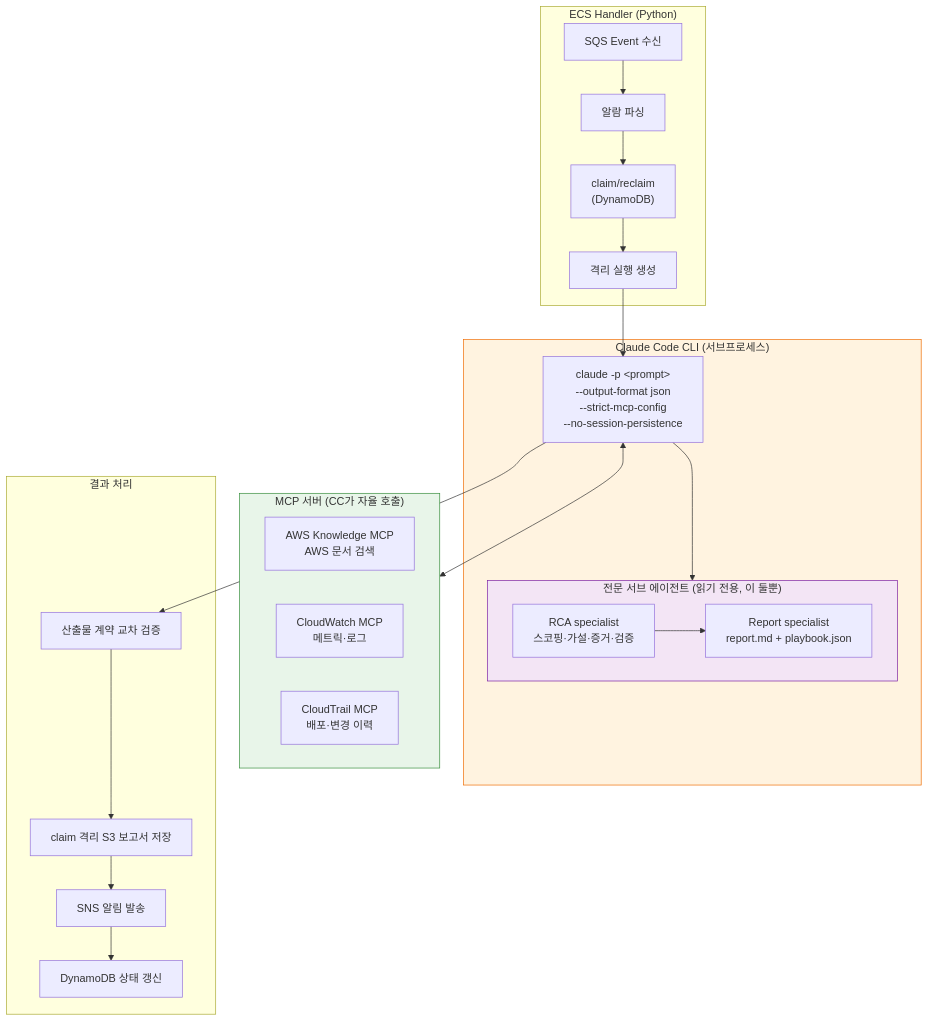
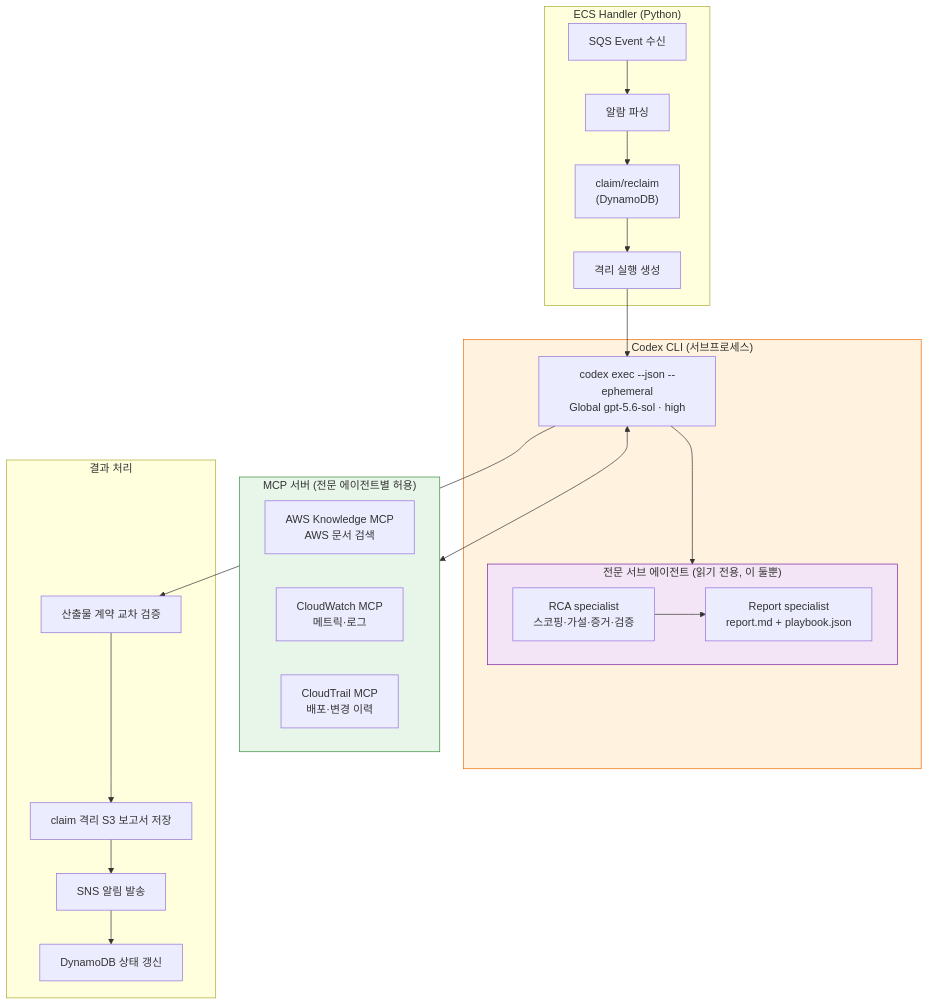
One commit to haandol/rca-agent changed the ninth of 25 diagrams in docs/system-guide-for-ops.md. Above: the diagram before and after it, drawn with Mermaid. The commit also changed other lines of this file and 306 other files, not shown here.

````diff
--- a/docs/system-guide-for-ops.md
+++ b/docs/system-guide-for-ops.md
@@ -489,44 +489,44 @@
 ```mermaid
 flowchart TD
     subgraph EcsHandler["ECS Handler (Python)"]
         SQS["SQS Event 수신"]
         PARSE["알람 파싱"]
         IDEMP["claim/reclaim<br/>(DynamoDB)"]
         SESSION["격리 실행 생성"]
         SQS --> PARSE --> IDEMP --> SESSION
     end
 
-    subgraph CCProcess["Claude Code CLI (서브프로세스)"]
-        CC["claude -p &lt;prompt&gt;<br/>--output-format json<br/>--strict-mcp-config<br/>--no-session-persistence"]
+    subgraph CCProcess["Codex CLI (서브프로세스)"]
+        CC["codex exec --json --ephemeral<br/>Global gpt-5.6-sol · high"]
 
         subgraph Prompt["전문 서브 에이전트 (읽기 전용, 이 둘뿐)"]
             S1["RCA specialist<br/>스코핑·가설·증거·검증"]
             S3["Report specialist<br/>report.md + playbook.json"]
             S1 --> S3
         end
 
         CC --> Prompt
     end
 
-    subgraph MCPServers["MCP 서버 (CC가 자율 호출)"]
+    subgraph MCPServers["MCP 서버 (전문 에이전트별 허용)"]
         AK["AWS Knowledge MCP<br/>AWS 문서 검색"]
         CW["CloudWatch MCP<br/>메트릭·로그"]
         CT["CloudTrail MCP<br/>배포·변경 이력"]
     end
 
     subgraph Output["결과 처리"]
         RESULT["산출물 계약 교차 검증"]
         S3_SAVE["claim 격리 S3 보고서 저장"]
         SNS_SEND["SNS 알림 발송"]
         DDB_UP["DynamoDB 상태 갱신"]
         RESULT --> S3_SAVE --> SNS_SEND --> DDB_UP
     end
 
     SESSION --> CC
     CC <--> MCPServers
     CC --> RESULT
 
     style CCProcess fill:#fff3e0,stroke:#ef6c00
     style MCPServers fill:#e8f5e9,stroke:#388e3c
     style Prompt fill:#f3e5f5,stroke:#7b1fa2
 ```
````
